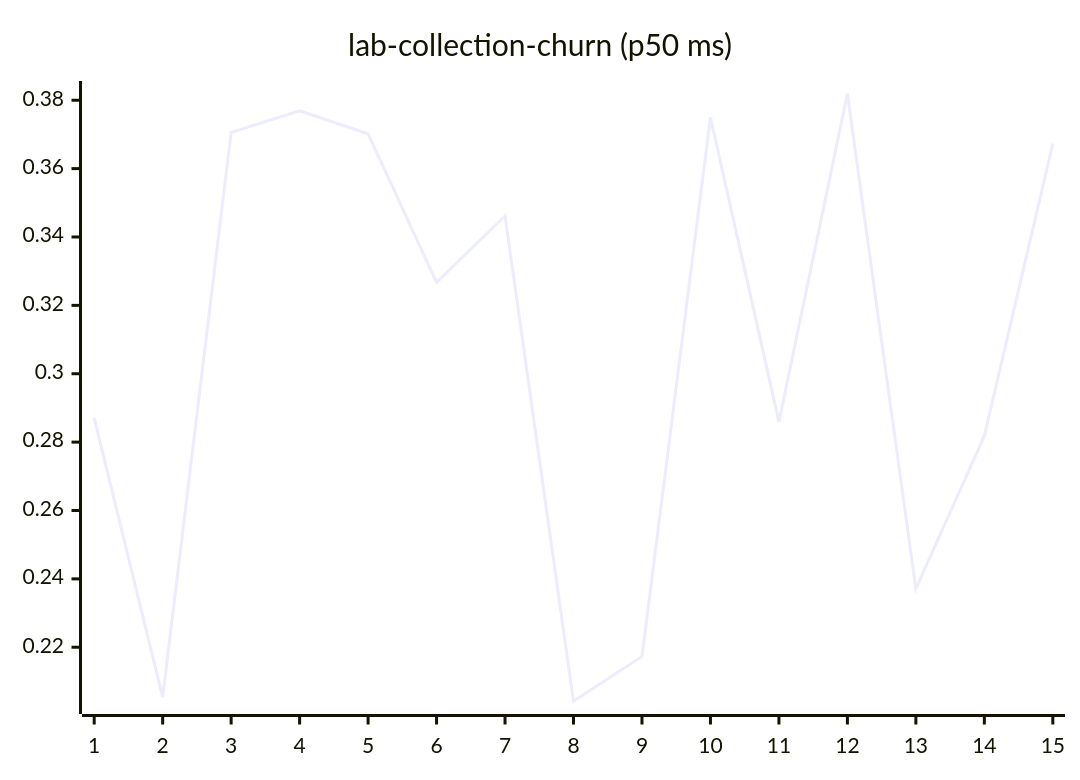
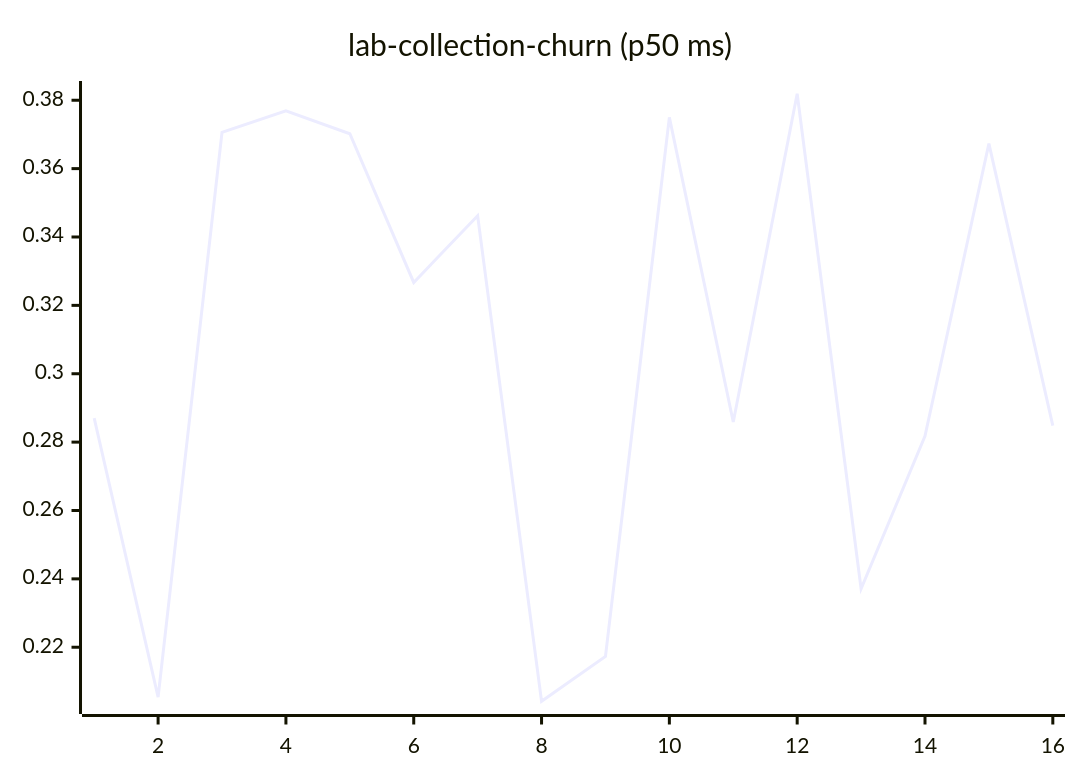
Before and after one commit to josha/Facet: diagram 11 of 27 in README.md, drawn with Mermaid. The commit also changed other lines of this file and 2 other files, not shown here.

````diff
--- a/README.md
+++ b/README.md
@@ -133,6 +133,6 @@
 ```mermaid
 xychart-beta
     title "lab-collection-churn (p50 ms)"
-    x-axis 1 --> 15
-    line [0.2870, 0.2054, 0.3706, 0.3769, 0.3702, 0.3267, 0.3462, 0.2042, 0.2173, 0.3750, 0.2859, 0.3819, 0.2371, 0.2818, 0.3673]
+    x-axis 1 --> 16
+    line [0.2870, 0.2054, 0.3706, 0.3769, 0.3702, 0.3267, 0.3462, 0.2042, 0.2173, 0.3750, 0.2859, 0.3819, 0.2371, 0.2818, 0.3673, 0.2848]
 ```
````
